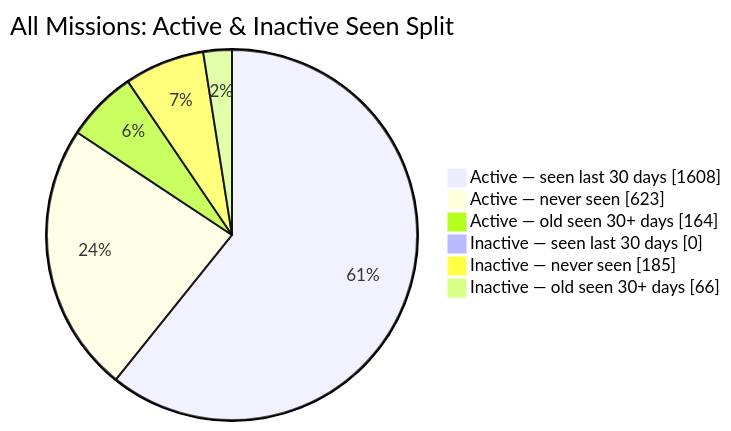
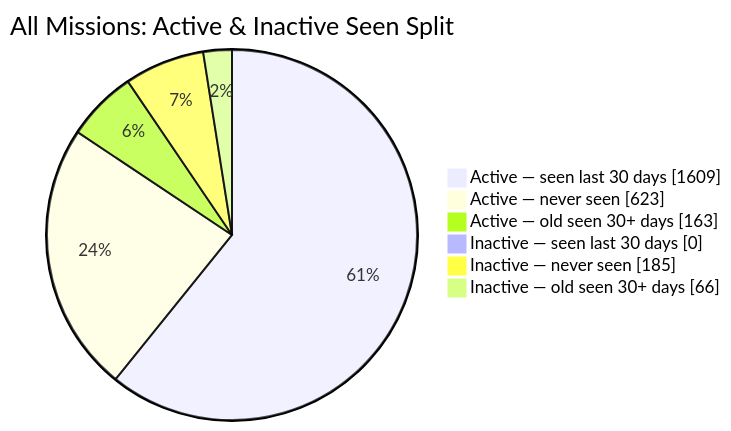
One commit to MeldkamerspelGameTeam/active-missions changed the second of 2 diagrams in README.md. Above: the diagram before and after it, drawn with Mermaid. The commit also changed other lines of this file and 2 other files, not shown here.

````diff
--- a/README.md
+++ b/README.md
@@ -44,10 +44,10 @@
 ```mermaid
 pie showData
     title All Missions: Active & Inactive Seen Split
-    "Active — seen last 30 days" : 1608
+    "Active — seen last 30 days" : 1609
     "Active — never seen" : 623
-    "Active — old seen 30+ days" : 164
+    "Active — old seen 30+ days" : 163
     "Inactive — seen last 30 days" : 0
     "Inactive — never seen" : 185
     "Inactive — old seen 30+ days" : 66
 ```
````
